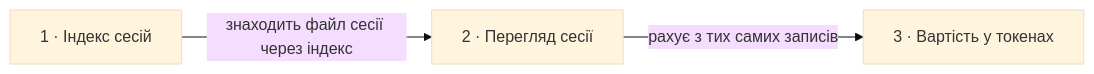
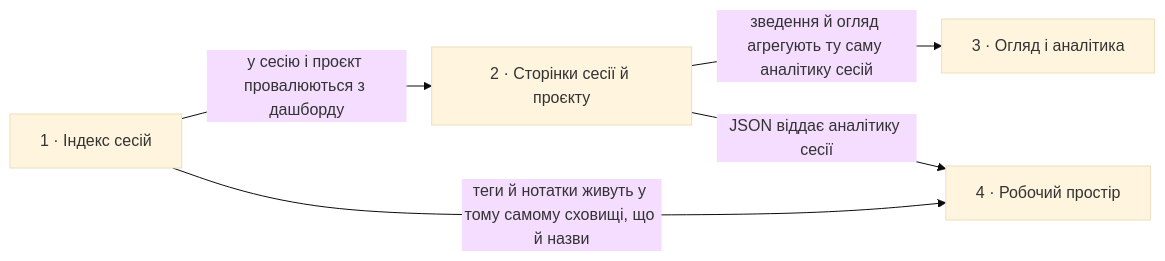
The diagram in docs/roadmap.md (genkovich/agentic-engineering-mini-kit), drawn with Mermaid (base theme) before and after one commit. The commit also changed other lines of this file and 22 other files, not shown here.

First line of the commit message:
feat(session-index): dashboard with charts, names and dark theme (v0.1.0)

````diff
--- a/docs/roadmap.md
+++ b/docs/roadmap.md
@@ -54,5 +72,7 @@
 ```mermaid
 flowchart LR
-  s1["1 · Індекс сесій"] -->|знаходить файл сесії через індекс| s2["2 · Перегляд сесії"]
-  s2 -->|рахує з тих самих записів| s3["3 · Вартість у токенах"]
+  s1["1 · Індекс сесій"] -->|у сесію і проєкт провалюються з дашборду| s2["2 · Сторінки сесії й проєкту"]
+  s2 -->|зведення й огляд агрегують ту саму аналітику сесій| s3["3 · Огляд і аналітика"]
+  s1 -->|теги й нотатки живуть у тому самому сховищі, що й назви| s4["4 · Робочий простір"]
+  s2 -->|JSON віддає аналітику сесії| s4
 ```
````
